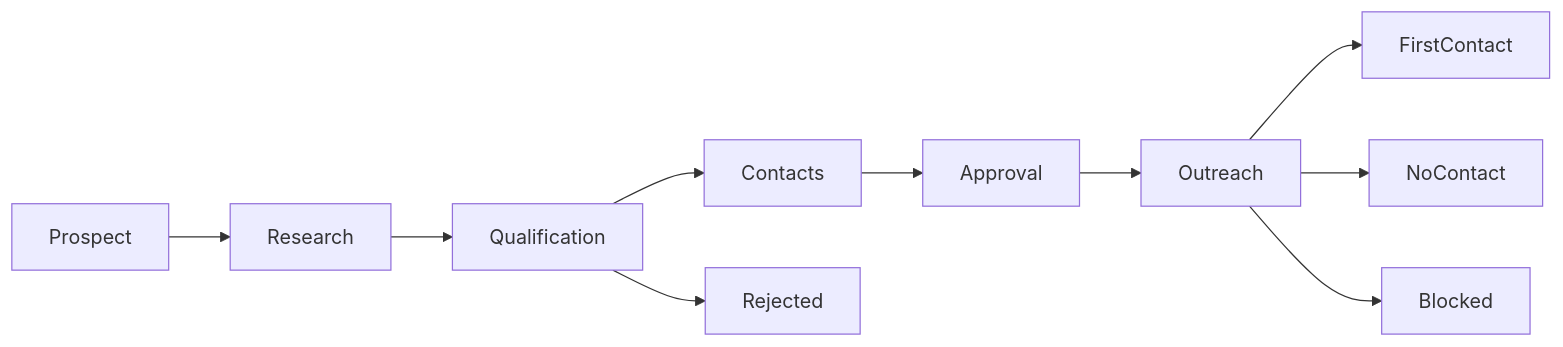
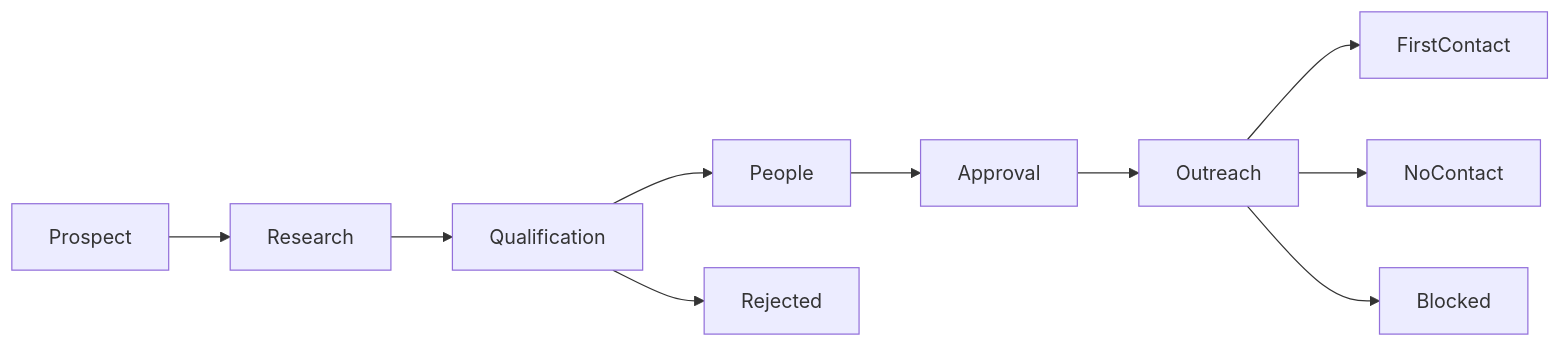
The third of 3 diagrams in spec/product/11-ui-dashboard.md (smallTechOrg/sales-agent), drawn with Mermaid before and after one commit. The commit also changed other lines of this file and 66 other files, not shown here.

````diff
--- a/spec/product/11-ui-dashboard.md
+++ b/spec/product/11-ui-dashboard.md
@@ -145,9 +145,9 @@
 ```mermaid
 flowchart LR
     Prospect --> Research --> Qualification
-    Qualification --> Contacts --> Approval --> Outreach
+    Qualification --> People --> Approval --> Outreach
     Qualification --> Rejected
     Outreach --> FirstContact
     Outreach --> NoContact
     Outreach --> Blocked
 ```
````
